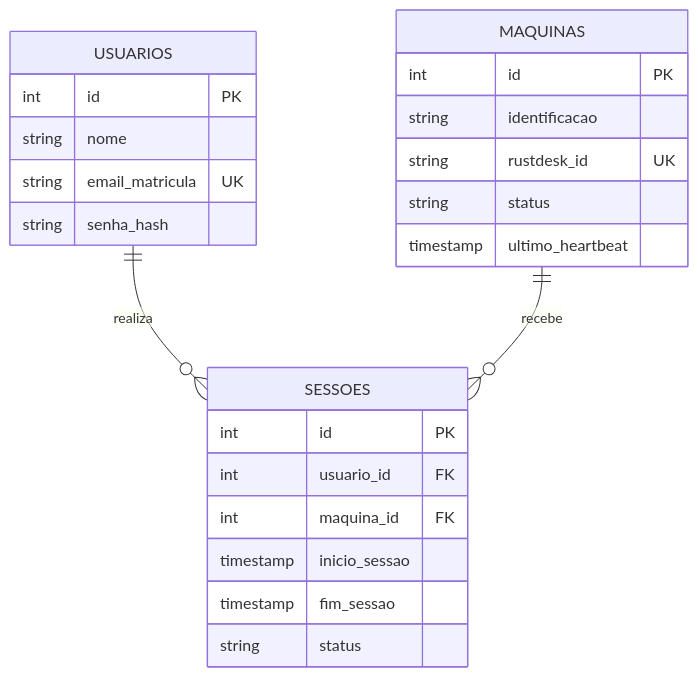
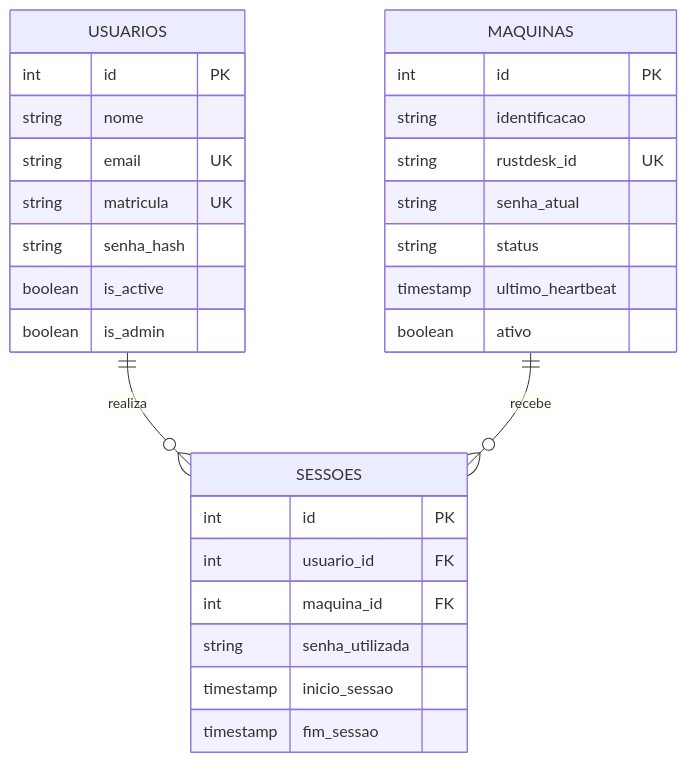
Before and after one commit to ThiagoNovinski/ecolab-remote-dashboard: the diagram in README.md, drawn with Mermaid. The commit also changed other lines of this file and 5 other files, not shown here.

````diff
--- a/README.md
+++ b/README.md
@@ -95,29 +45,34 @@
 ```mermaid
 erDiagram
     USUARIOS ||--o{ SESSOES : realiza
     MAQUINAS ||--o{ SESSOES : recebe
 
     USUARIOS {
         int id PK
         string nome
-        string email_matricula UK
+        string email UK
+        string matricula UK
         string senha_hash
+        boolean is_active
+        boolean is_admin
     }
 
     MAQUINAS {
         int id PK
         string identificacao
         string rustdesk_id UK
+        string senha_atual
         string status
         timestamp ultimo_heartbeat
+        boolean ativo
     }
 
     SESSOES {
         int id PK
         int usuario_id FK
         int maquina_id FK
+        string senha_utilizada
         timestamp inicio_sessao
         timestamp fim_sessao
-        string status
     }
 ```
````
